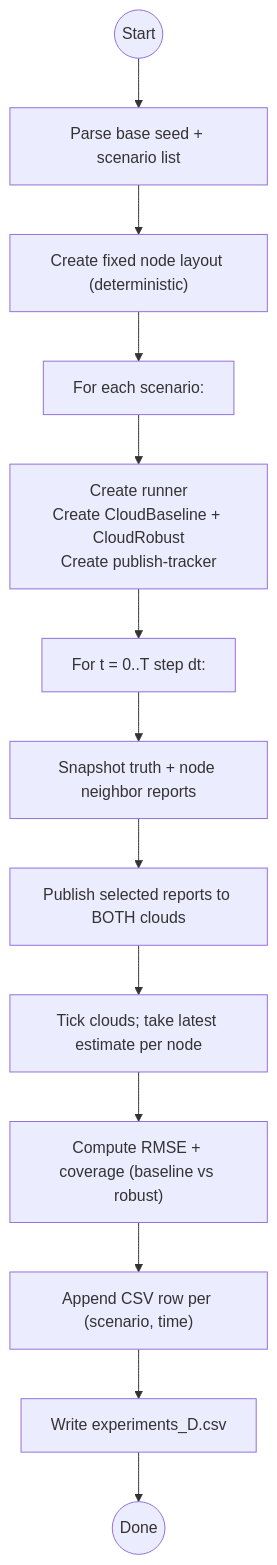
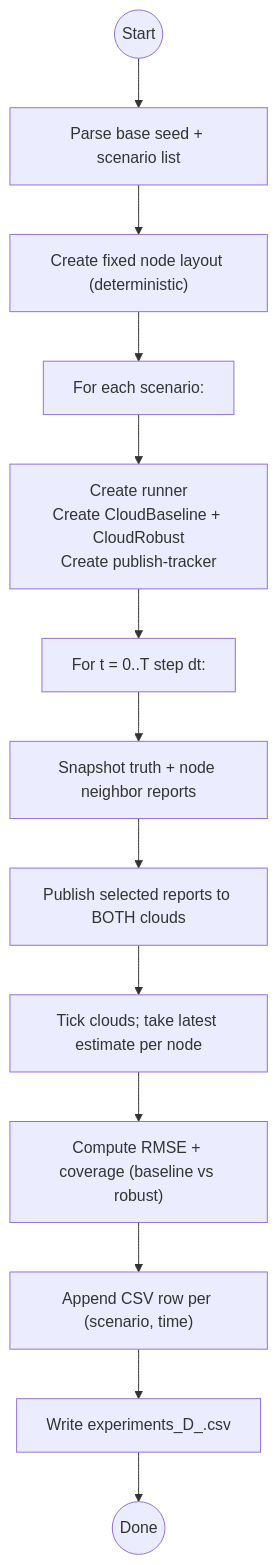
The fourth of 5 diagrams in src/experiments/README.md (ChickenSalsahub/ICUM-SIM), drawn with Mermaid before and after one commit. The commit also changed other lines of this file and 5 other files, not shown here.

````diff
--- a/src/experiments/README.md
+++ b/src/experiments/README.md
@@ -182,15 +187,15 @@
 ```mermaid
 flowchart TD
   D0(("Start")) --> D1["Parse base seed + scenario list"]
   D1 --> D2["Create fixed node layout (deterministic)"]
   D2 --> D3["For each scenario:"]
   D3 --> D4["Create runner\nCreate CloudBaseline + CloudRobust\nCreate publish-tracker"]
   D4 --> D5["For t = 0..T step dt:"]
   D5 --> D6["Snapshot truth + node neighbor reports"]
   D6 --> D7["Publish selected reports to BOTH clouds"]
   D7 --> D8["Tick clouds; take latest estimate per node"]
   D8 --> D9["Compute RMSE + coverage (baseline vs robust)"]
   D9 --> D10["Append CSV row per (scenario, time)"]
-  D10 --> D11["Write experiments_D.csv"]
+  D10 --> D11["Write experiments_D_<scenario>.csv"]
   D11 --> D12(("Done"))
 ```
````
